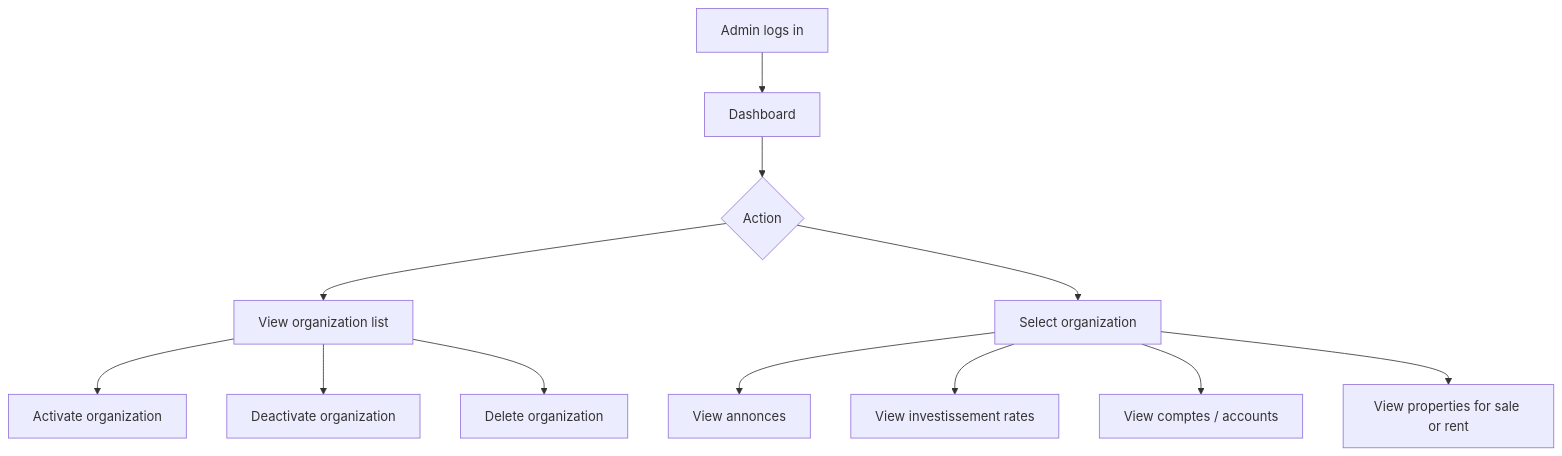
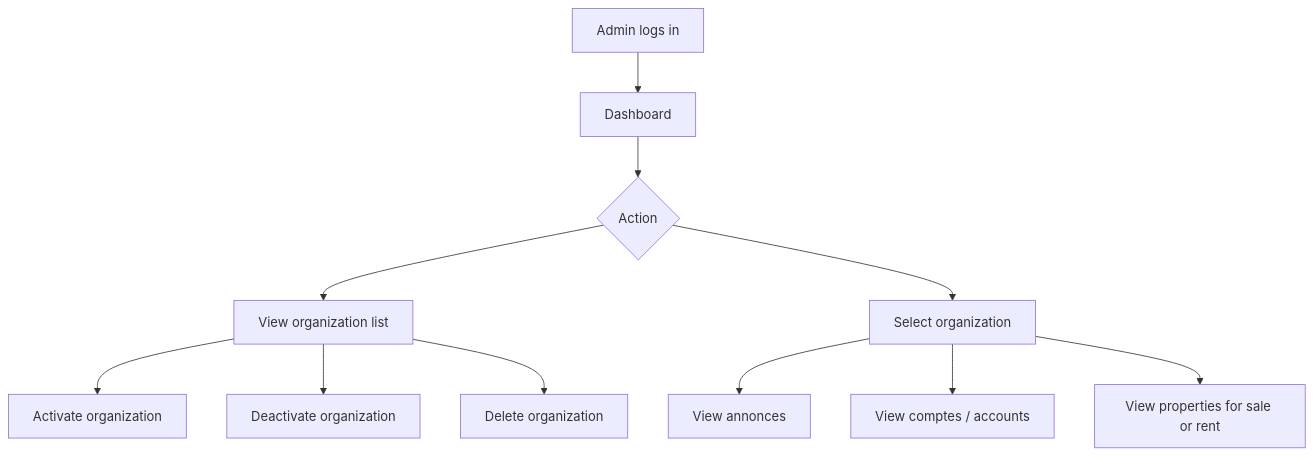
One commit to Itssafa/DomtekApp changed the first of 5 diagrams in Domtek/documentation/docs/user-flows.md. Above: the diagram before and after it, drawn with Mermaid. The commit also changed 8 other files, not shown here.

````diff
--- a/Domtek/documentation/docs/user-flows.md
+++ b/Domtek/documentation/docs/user-flows.md
@@ -7,16 +7,15 @@
 ```mermaid
 flowchart TD
     A[Admin logs in] --> B[Dashboard]
     B --> C{Action}
 
     C --> D[View organization list]
     D --> D1[Activate organization]
     D --> D2[Deactivate organization]
     D --> D3[Delete organization]
 
     C --> E[Select organization]
     E --> E1[View annonces]
-    E --> E2[View investissement rates]
     E --> E3[View comptes / accounts]
     E --> E4[View properties for sale or rent]
 ```
````
